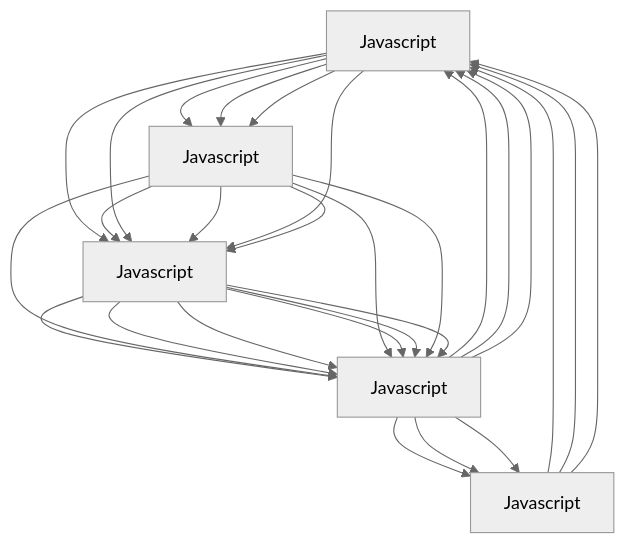
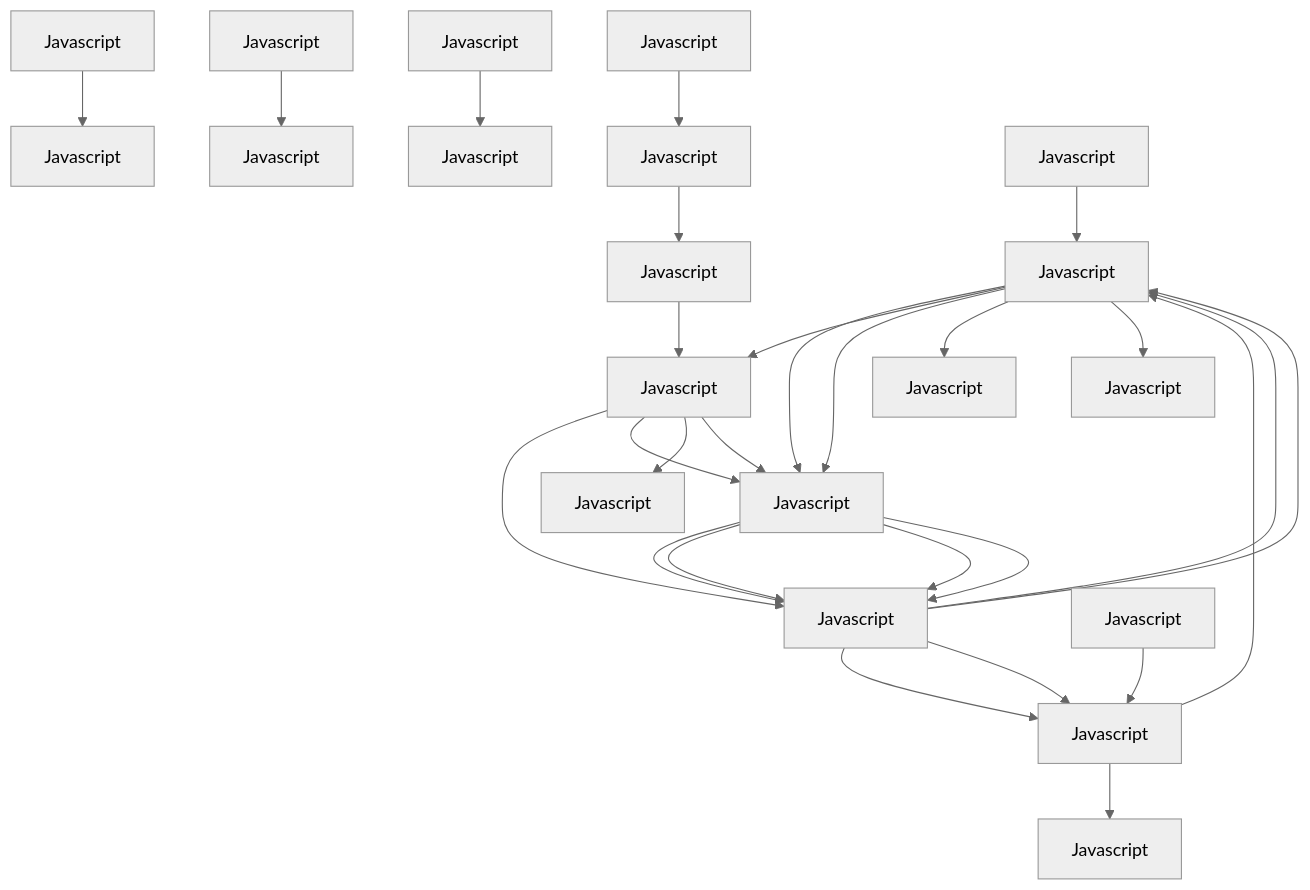
Before and after one commit to TobinPalmer/TobinPalmer: the diagram in README.md, drawn with Mermaid (neutral theme).

````diff
--- a/README.md
+++ b/README.md
@@ -7,30 +7,30 @@
 ```mermaid
 graph TD;
     id1[Javascript] --> id2[Javascript];
     id2[Javascript] --> id4[Javascript];
     id1[Javascript] --> id3[Javascript];
     id3[Javascript] --> id4[Javascript];
     id4[Javascript] --> id5[Javascript];
     id5[Javascript] --> id1[Javascript];
     id3[Javascript] --> id2[Javascript];
     id2[Javascript] --> id4[Javascript];
     id4[Javascript] --> id1[Javascript];
     id1[Javascript] --> id2[Javascript];
+    id19[Javascript] --> id421[Javascript];
+    id1[Javascript] --> id323[Javascript];
+    id23[Javascript] --> id214[Javascript];
+    id324[Javascript] --> id5[Javascript];
+    id5[Javascript] --> id11[Javascript];
+    id33[Javascript] --> id22[Javascript];
+    id24[Javascript] --> id14[Javascript];
+    id14[Javascript] --> id21[Javascript];
+    id1[Javascript] --> id32[Javascript];
     id2[Javascript] --> id4[Javascript];
-    id1[Javascript] --> id3[Javascript];
-    id3[Javascript] --> id4[Javascript];
+    id21[Javascript] --> id3[Javascript];
+    id3[Javascript] --> id124[Javascript];
     id4[Javascript] --> id5[Javascript];
-    id5[Javascript] --> id1[Javascript];
-    id3[Javascript] --> id2[Javascript];
-    id2[Javascript] --> id4[Javascript];
-    id4[Javascript] --> id1[Javascript];
-    id1[Javascript] --> id2[Javascript];
-    id2[Javascript] --> id4[Javascript];
-    id1[Javascript] --> id3[Javascript];
-    id3[Javascript] --> id4[Javascript];
-    id4[Javascript] --> id5[Javascript];
-    id5[Javascript] --> id1[Javascript];
+    id325[Javascript] --> id1[Javascript];
     id3[Javascript] --> id2[Javascript];
     id2[Javascript] --> id4[Javascript];
     id4[Javascript] --> id1[Javascript];
 ```
````
